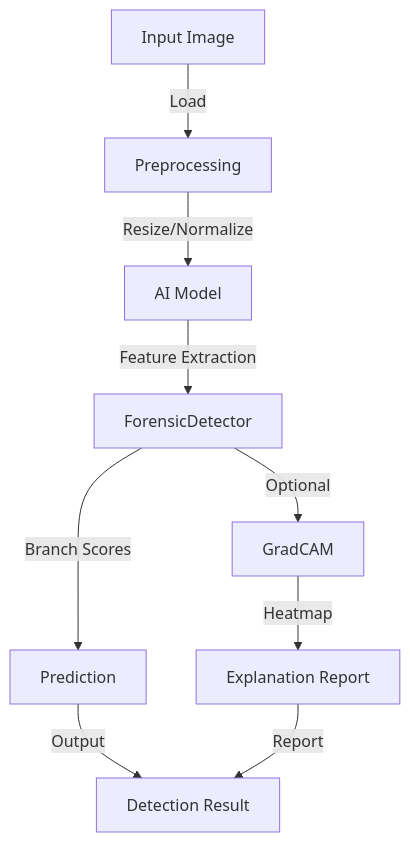
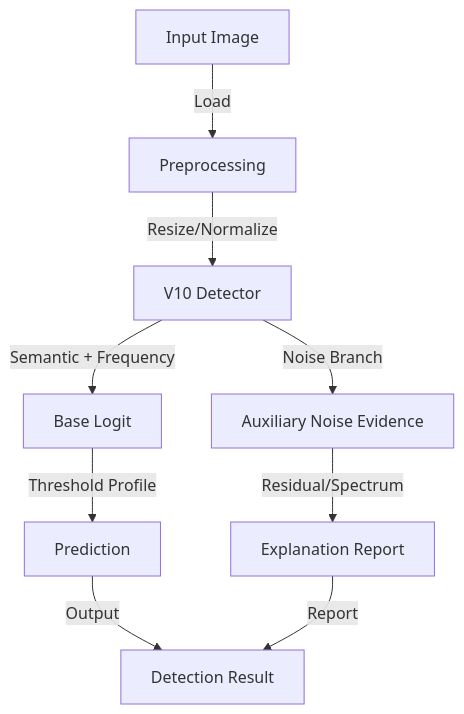
One commit to zhangxiuwen040831/AI-Image-Detector changed the third of 4 diagrams in docs/architecture.md. Above: the diagram before and after it, drawn with Mermaid. The commit also changed other lines of this file and 78 other files, not shown here.

````diff
--- a/docs/architecture.md
+++ b/docs/architecture.md
@@ -39,11 +39,11 @@
 ```mermaid
 graph TB
     Image[Input Image] -->|Load| Preprocess[Preprocessing]
-    Preprocess -->|Resize/Normalize| Model[AI Model]
-    Model -->|Feature Extraction| Detector[ForensicDetector]
-    Detector -->|Branch Scores| Prediction[Prediction]
-    Detector -->|Optional| GradCAM[GradCAM]
-    GradCAM -->|Heatmap| Explanation[Explanation Report]
+    Preprocess -->|Resize/Normalize| Model[V10 Detector]
+    Model -->|Semantic + Frequency| BaseLogit[Base Logit]
+    Model -->|Noise Branch| AuxEvidence[Auxiliary Noise Evidence]
+    BaseLogit -->|Threshold Profile| Prediction[Prediction]
+    AuxEvidence -->|Residual/Spectrum| Explanation[Explanation Report]
     Prediction -->|Output| Result[Detection Result]
     Explanation -->|Report| Result
 ```
````
